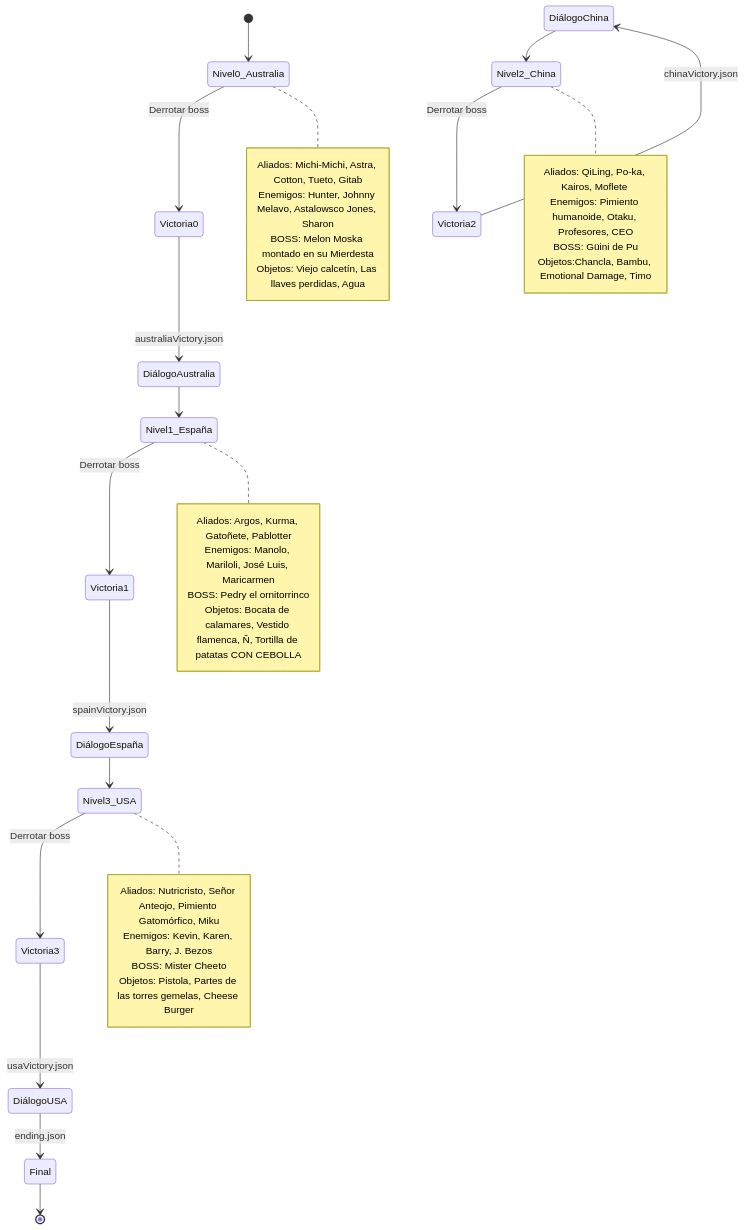
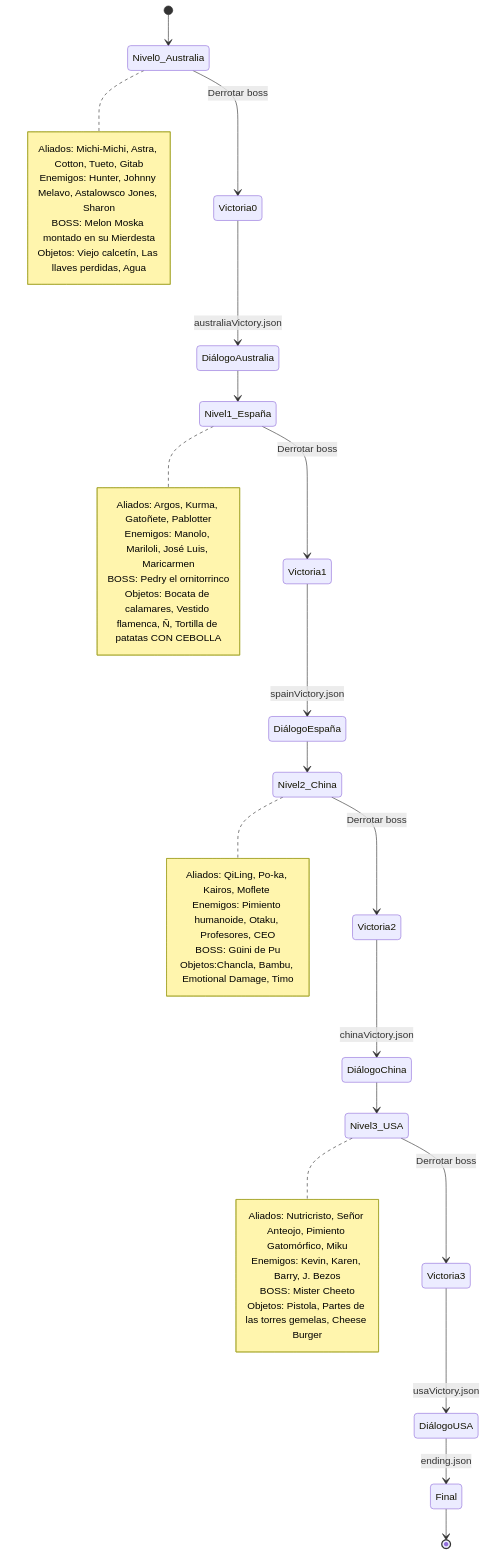
Diagram 15 of 15 in architecture.md (lucdom07/G07-PVLI), drawn with Mermaid before and after one commit.

Commit message:
Update architecture.md
ahora a comentar ;-;

````diff
--- a/architecture.md
+++ b/architecture.md
@@ -750,49 +750,49 @@
 ```mermaid
 stateDiagram-v2
     [*] --> Nivel0_Australia
     Nivel0_Australia --> Victoria0: Derrotar boss
     Victoria0 --> DiálogoAustralia: australiaVictory.json
     
     DiálogoAustralia --> Nivel1_España
     Nivel1_España --> Victoria1: Derrotar boss
     Victoria1 --> DiálogoEspaña: spainVictory.json
     
-    DiálogoChina --> Nivel2_China
+    DiálogoEspaña --> Nivel2_China
     Nivel2_China --> Victoria2: Derrotar boss
     Victoria2 --> DiálogoChina: chinaVictory.json
     
-    DiálogoEspaña --> Nivel3_USA
+    DiálogoChina --> Nivel3_USA
     Nivel3_USA --> Victoria3: Derrotar boss
     Victoria3 --> DiálogoUSA: usaVictory.json
     
     DiálogoUSA --> Final: ending.json
     Final --> [*]
     
     note right of Nivel0_Australia
         Aliados: Michi-Michi, Astra, Cotton, Tueto, Gitab
         Enemigos: Hunter, Johnny Melavo, Astalowsco Jones, Sharon
         BOSS: Melon Moska montado en su Mierdesta
         Objetos: Viejo calcetín, Las llaves perdidas, Agua
     end note
     
     note right of Nivel1_España
         Aliados: Argos, Kurma, Gatoñete, Pablotter
         Enemigos: Manolo, Mariloli, José Luis, Maricarmen
         BOSS: Pedry el ornitorrinco
         Objetos: Bocata de calamares, Vestido flamenca, Ñ, Tortilla de patatas CON CEBOLLA
     end note
 
     note right of Nivel2_China
         Aliados: QiLing, Po-ka, Kairos, Moflete 
         Enemigos: Pimiento humanoide, Otaku, Profesores, CEO
         BOSS: Güini de Pu
         Objetos:Chancla, Bambu, Emotional Damage, Timo
     end note
 
     note right of Nivel3_USA
         Aliados: Nutricristo, Señor Anteojo, Pimiento Gatomórfico, Miku
         Enemigos: Kevin, Karen, Barry, J. Bezos
         BOSS: Mister Cheeto
         Objetos: Pistola, Partes de las torres gemelas, Cheese Burger
     end note
 ```
````
